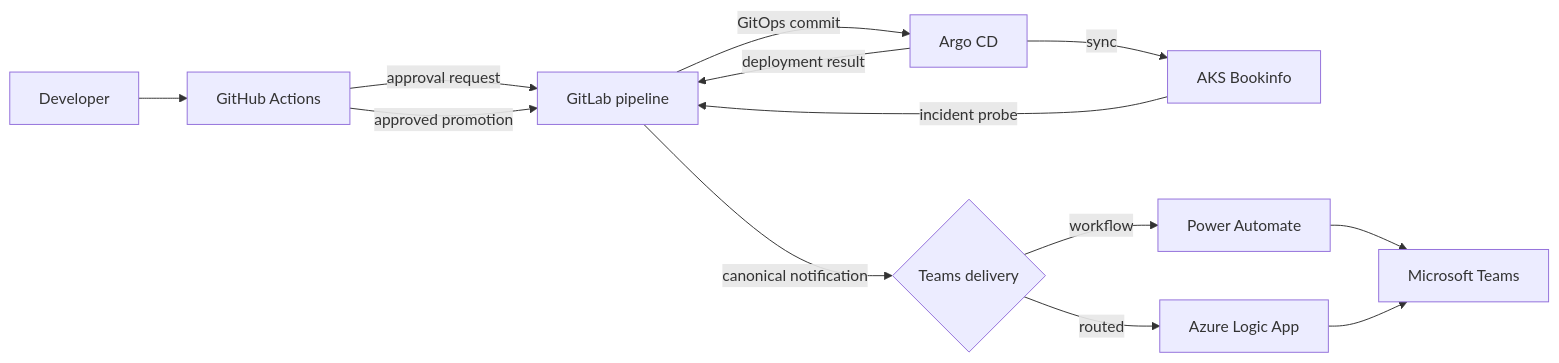
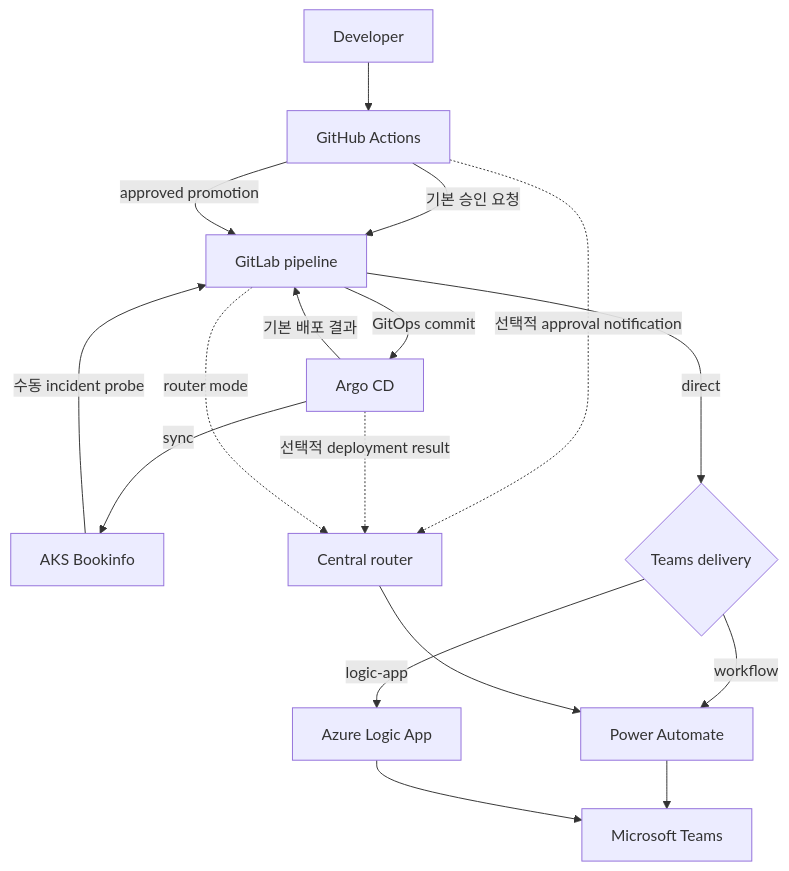
One commit to dotnetpower/pyhookkit changed the diagram in docs/integrated-bookinfo-scenario.ko.md. Above: the diagram before and after it, drawn with Mermaid. The commit also changed other lines of this file and 33 other files, not shown here.

First line of the commit message:
feat: add Mermaid diagram rendering component

````diff
--- a/docs/integrated-bookinfo-scenario.ko.md
+++ b/docs/integrated-bookinfo-scenario.ko.md
@@ -15,15 +15,19 @@
 ```mermaid
-flowchart LR
+flowchart TB
     developer[Developer] --> github[GitHub Actions]
-    github -->|approval request| gitlab[GitLab pipeline]
+    github -->|기본 승인 요청| gitlab[GitLab pipeline]
     github -->|approved promotion| gitlab
     gitlab -->|GitOps commit| argocd[Argo CD]
     argocd -->|sync| aks[AKS Bookinfo]
-    argocd -->|deployment result| gitlab
-    aks -->|incident probe| gitlab
-    gitlab -->|canonical notification| delivery{Teams delivery}
+    argocd -->|기본 배포 결과| gitlab
+    aks -->|수동 incident probe| gitlab
+    gitlab -->|direct| delivery{Teams delivery}
     delivery -->|workflow| power[Power Automate]
-    delivery -->|routed| logic[Azure Logic App]
+    delivery -->|logic-app| logic[Azure Logic App]
+    github -.->|선택적 approval notification| router[Central router]
+    argocd -.->|선택적 deployment result| router
+    gitlab -.->|router mode| router
+    router --> power
     power --> teams[Microsoft Teams]
     logic --> teams
 ```
````
